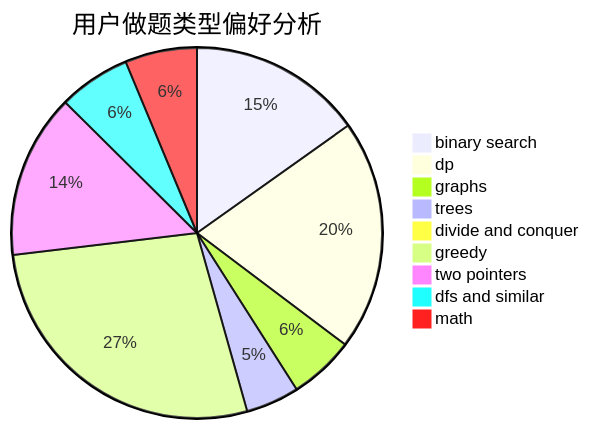
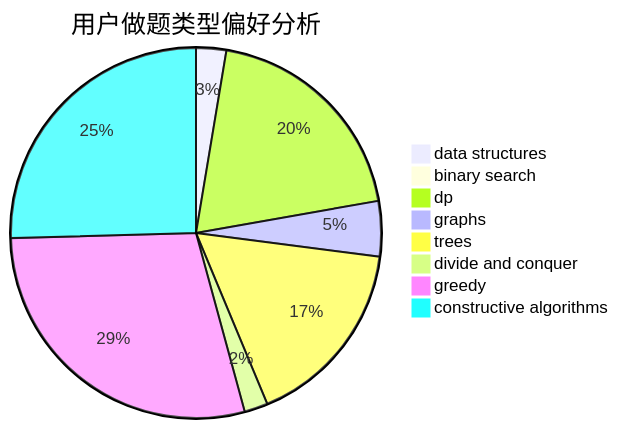
Before and after one commit to sherpahu/cfrs.github.io: the second of 3 diagrams in docs/user/u2652.md, drawn with Mermaid. The commit also changed other lines of this file and 2775 other files, not shown here.

````diff
--- a/docs/user/u2652.md
+++ b/docs/user/u2652.md
@@ -23,12 +23,11 @@
 ```mermaid
 pie title 用户做题类型偏好分析
-    "binary search" :  420
-    "dp" :  557
-    "graphs" :  158
-    "trees" :  129
+    "data structures" :  18
+    "binary search" :  3
+    "dp" :  134
+    "graphs" :  33
+    "trees" :  114
     "divide and conquer" :  14
-    "greedy" :  761
-    "two pointers" :  397
-    "dfs and similar" :  174
-    "math" :  174
+    "greedy" :  197
+    "constructive algorithms" :  174
 ```
````
